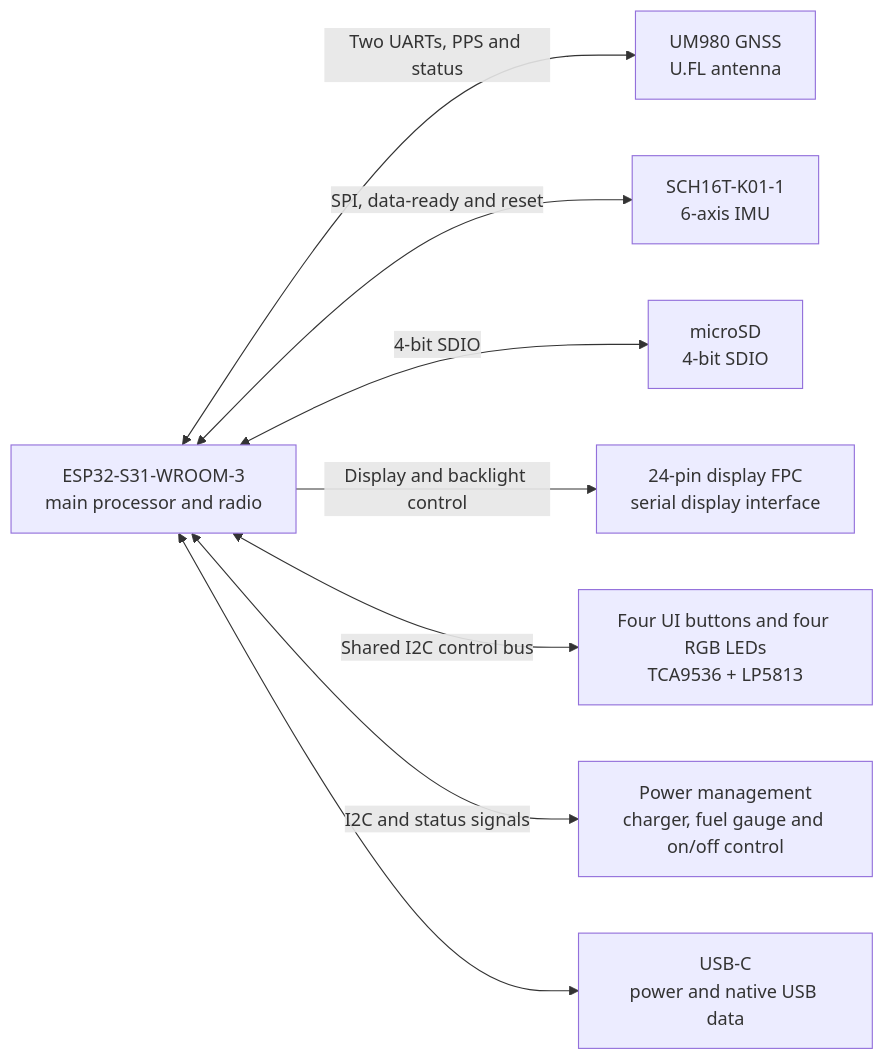
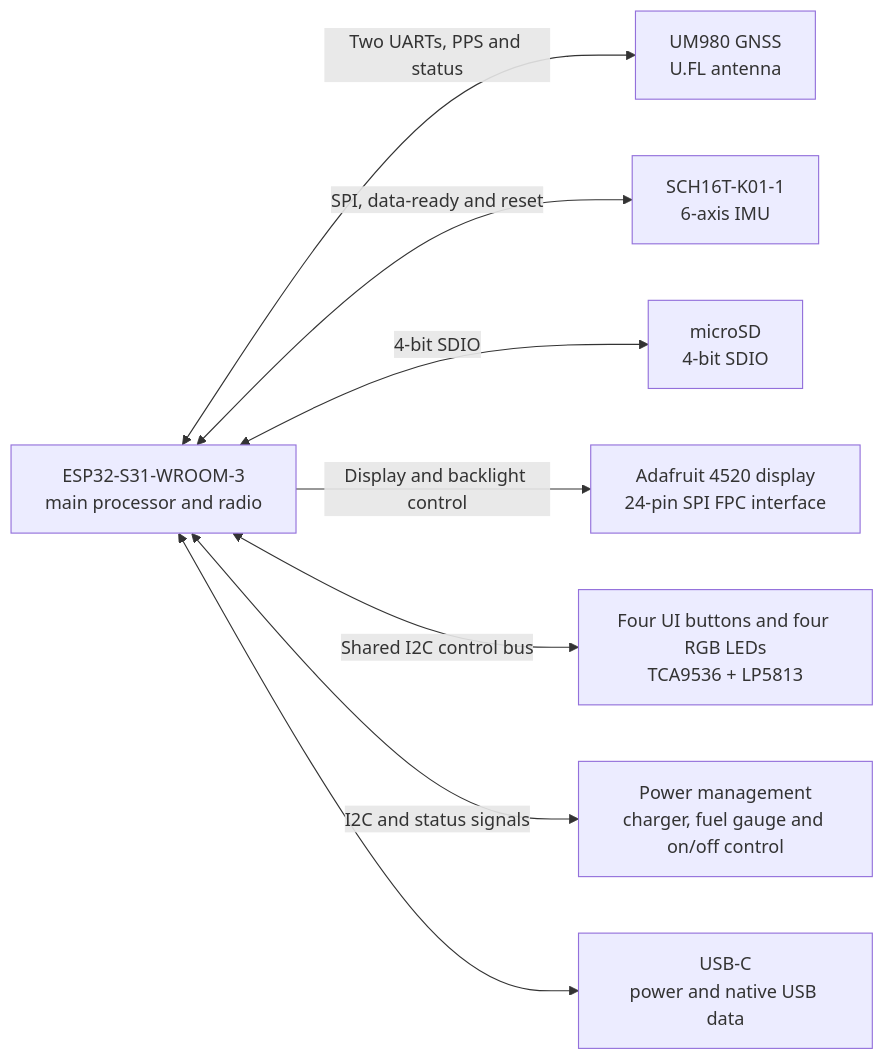
The first of 2 diagrams in v2_mini_design.md (teehee567/Aevia), drawn with Mermaid before and after one commit. The commit also changed other lines of this file, not shown here.

````diff
--- a/v2_mini_design.md
+++ b/v2_mini_design.md
@@ -7,19 +7,19 @@
 ```mermaid
 flowchart LR
     MCU["ESP32-S31-WROOM-3<br/>main processor and radio"]
     GNSS["UM980 GNSS<br/>U.FL antenna"]
     IMU["SCH16T-K01-1<br/>6-axis IMU"]
     SD["microSD<br/>4-bit SDIO"]
-    LCD["24-pin display FPC<br/>serial display interface"]
+    LCD["Adafruit 4520 display<br/>24-pin SPI FPC interface"]
     UI["Four UI buttons and four RGB LEDs<br/>TCA9536 + LP5813"]
     USB["USB-C<br/>power and native USB data"]
     PM["Power management<br/>charger, fuel gauge and on/off control"]
 
     MCU <-->|"Two UARTs, PPS and status"| GNSS
     MCU <-->|"SPI, data-ready and reset"| IMU
     MCU <-->|"4-bit SDIO"| SD
     MCU -->|"Display and backlight control"| LCD
     MCU <-->|"Shared I2C control bus"| UI
     MCU <-->|"I2C and status signals"| PM
     MCU <--> USB
 ```
````
